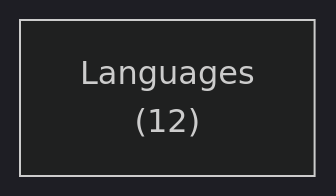
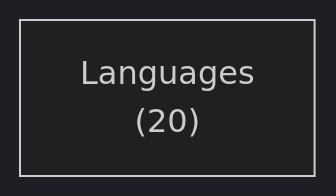
The first of 2 diagrams in docs/lib/language/c/depends.md (ruudkoot/rune), drawn with Mermaid (dark theme) before and after one commit. The commit also changed other lines of this file and 53 other files, not shown here.

````diff
--- a/docs/lib/language/c/depends.md
+++ b/docs/lib/language/c/depends.md
@@ -24,4 +24,4 @@
 ```mermaid
 flowchart LR
-  a0["Languages<br>(12)"]
+  a0["Languages<br>(20)"]
 ```
````
